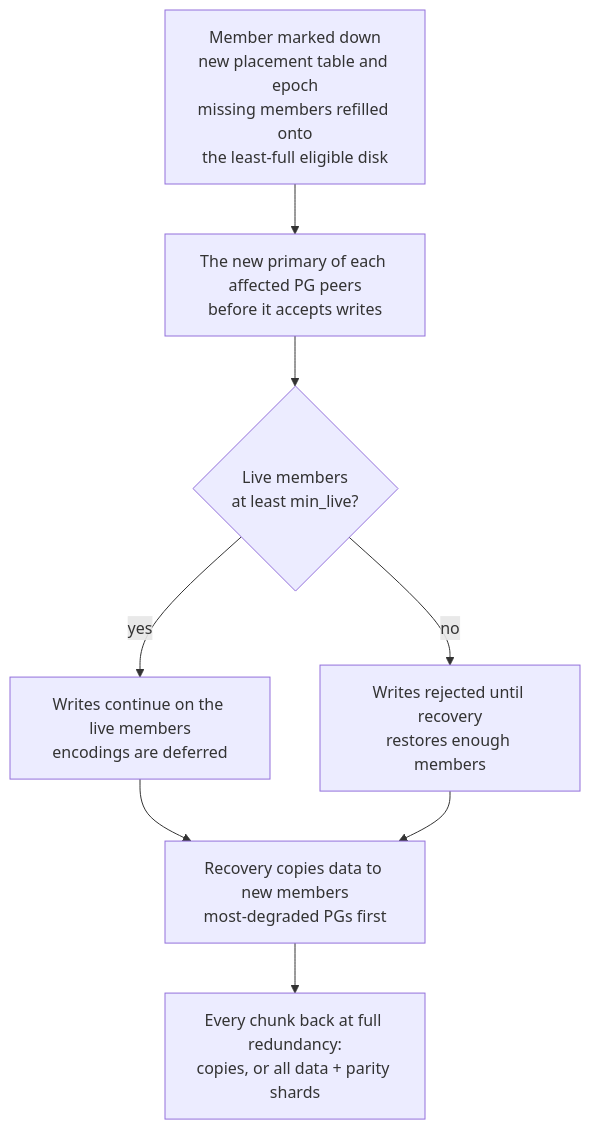
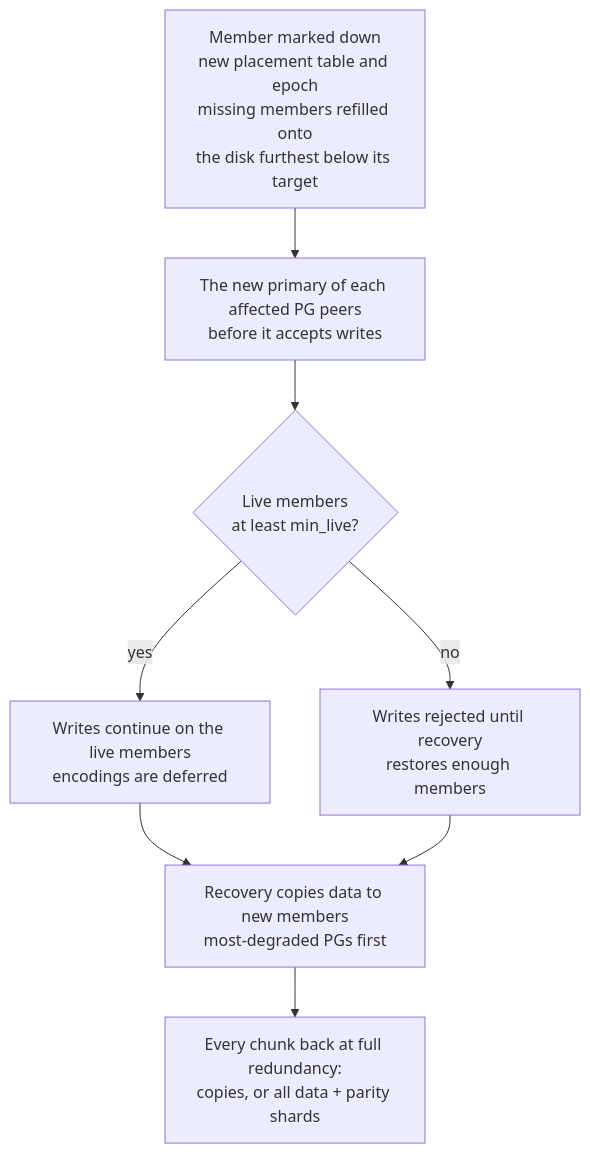
Before and after one commit to nvcnvn/rock-solid: the fourth of 4 diagrams in blogs/07-pools-and-redundancy.md, drawn with Mermaid. The commit also changed other lines of this file and 15 other files, not shown here.

````diff
--- a/blogs/07-pools-and-redundancy.md
+++ b/blogs/07-pools-and-redundancy.md
@@ -553,10 +562,10 @@
 ```mermaid
 flowchart TD
-    A["Member marked down<br/>new placement table and epoch<br/>missing members refilled onto<br/>the least-full eligible disk"] --> E["The new primary of each affected PG peers<br/>before it accepts writes"]
+    A["Member marked down<br/>new placement table and epoch<br/>missing members refilled onto<br/>the disk furthest below its target"] --> E["The new primary of each affected PG peers<br/>before it accepts writes"]
     E --> F{"Live members<br/>at least min_live?"}
     F -- yes --> G["Writes continue on the live members<br/>encodings are deferred"]
     F -- no --> H["Writes rejected until recovery<br/>restores enough members"]
     G --> I["Recovery copies data to new members<br/>most-degraded PGs first"]
     H --> I
     I --> J["Every chunk back at full redundancy:<br/>copies, or all data + parity shards"]
 ```
````
